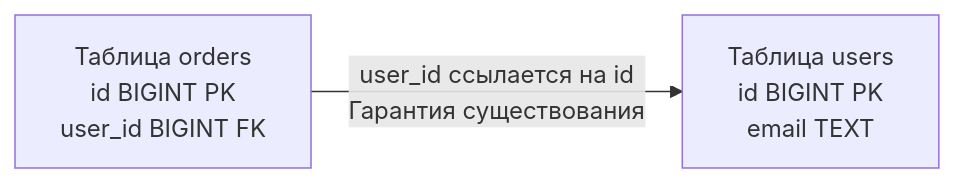
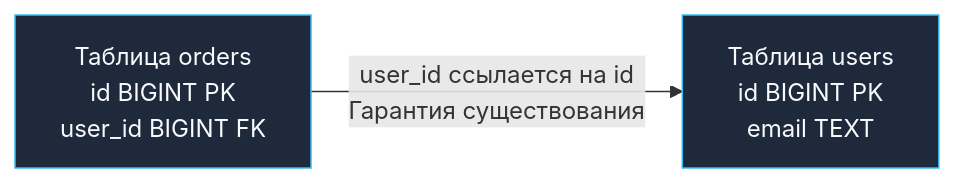
One commit to UnrealTemplier/go-textbook changed the diagram in sources/12. Базы данных/01. Введение и фундамент/6. Первичные и внешние ключи.md. Above: the diagram before and after it, drawn with Mermaid. The commit also changed 1666 other files, not shown here.

First line of the commit message:
feat(mermaid): add semantic color classDef to 1369 colorless flowchart/graph diagrams

````diff
--- a/sources/12. Базы данных/01. Введение и фундамент/6. Первичные и внешние ключи.md
+++ b/sources/12. Базы данных/01. Введение и фундамент/6. Первичные и внешние ключи.md
@@ -40,7 +40,17 @@
 ```mermaid
 flowchart LR
-    Orders["Таблица orders<br>id BIGINT PK<br>user_id BIGINT FK"]
-    Users["Таблица users<br>id BIGINT PK<br>email TEXT"]
+    classDef process  fill:#1e293b,stroke:#38bdf8,stroke-width:1px,color:#f8fafc
+    classDef success  fill:#064e3b,stroke:#34d399,stroke-width:1px,color:#f8fafc
+    classDef error    fill:#7f1d1d,stroke:#f87171,stroke-width:1px,color:#f8fafc
+    classDef warning  fill:#78350f,stroke:#fbbf24,stroke-width:1px,color:#f8fafc
+    classDef entry    fill:#1e3a5f,stroke:#38bdf8,stroke-width:2px,color:#f8fafc
+    classDef aux      fill:#334155,stroke:#64748b,stroke-width:1px,color:#f8fafc
+    classDef system   fill:#312e81,stroke:#a78bfa,stroke-width:1px,color:#f8fafc
+    classDef data     fill:#132d29,stroke:#2dd4bf,stroke-width:1px,color:#f8fafc
+    classDef network  fill:#881337,stroke:#fb7185,stroke-width:1px,color:#f8fafc
+    classDef accent   fill:#1e1b4b,stroke:#818cf8,stroke-width:1px,color:#f8fafc
+    Orders["Таблица orders<br>id BIGINT PK<br>user_id BIGINT FK"]:::process
+    Users["Таблица users<br>id BIGINT PK<br>email TEXT"]:::process
     
     Orders -->|"user_id ссылается на id<br>Гарантия существования"| Users
 ```
````
